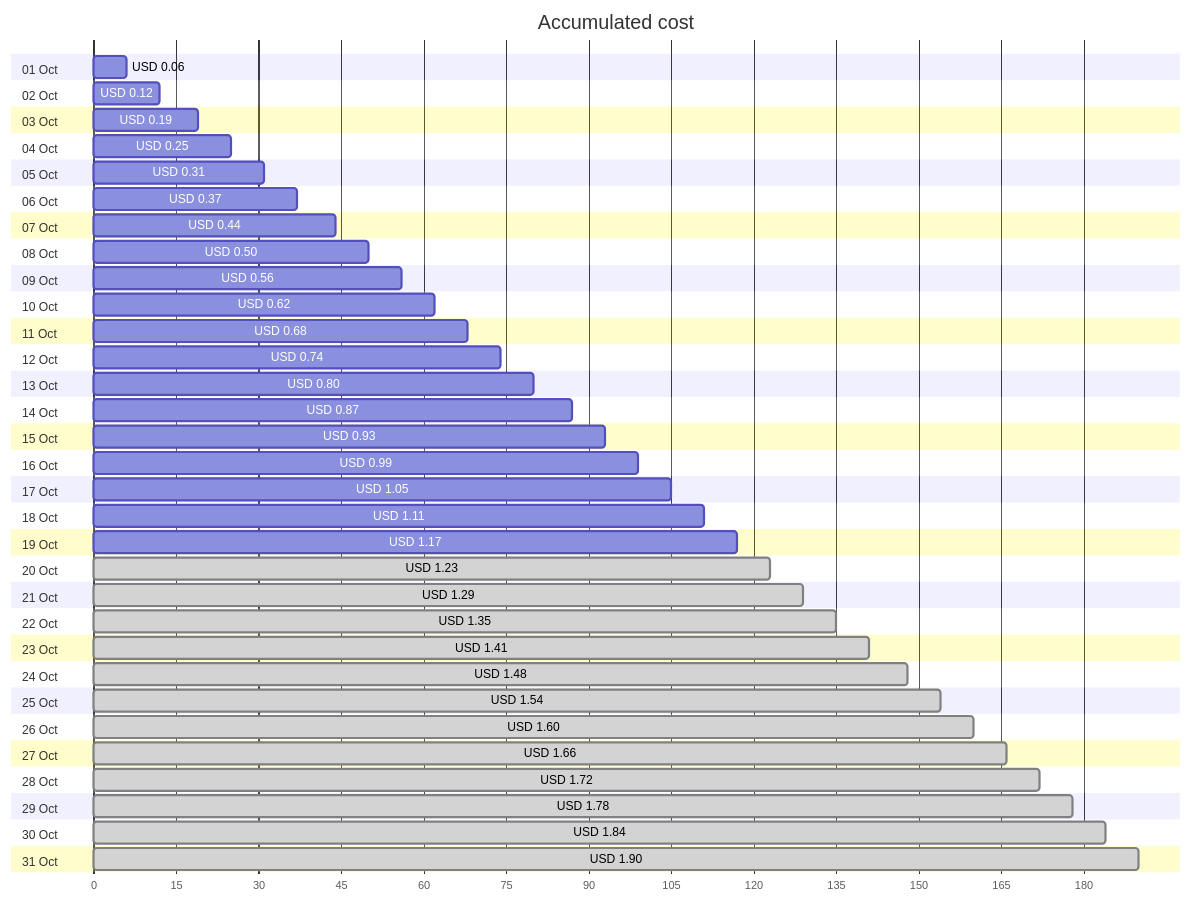
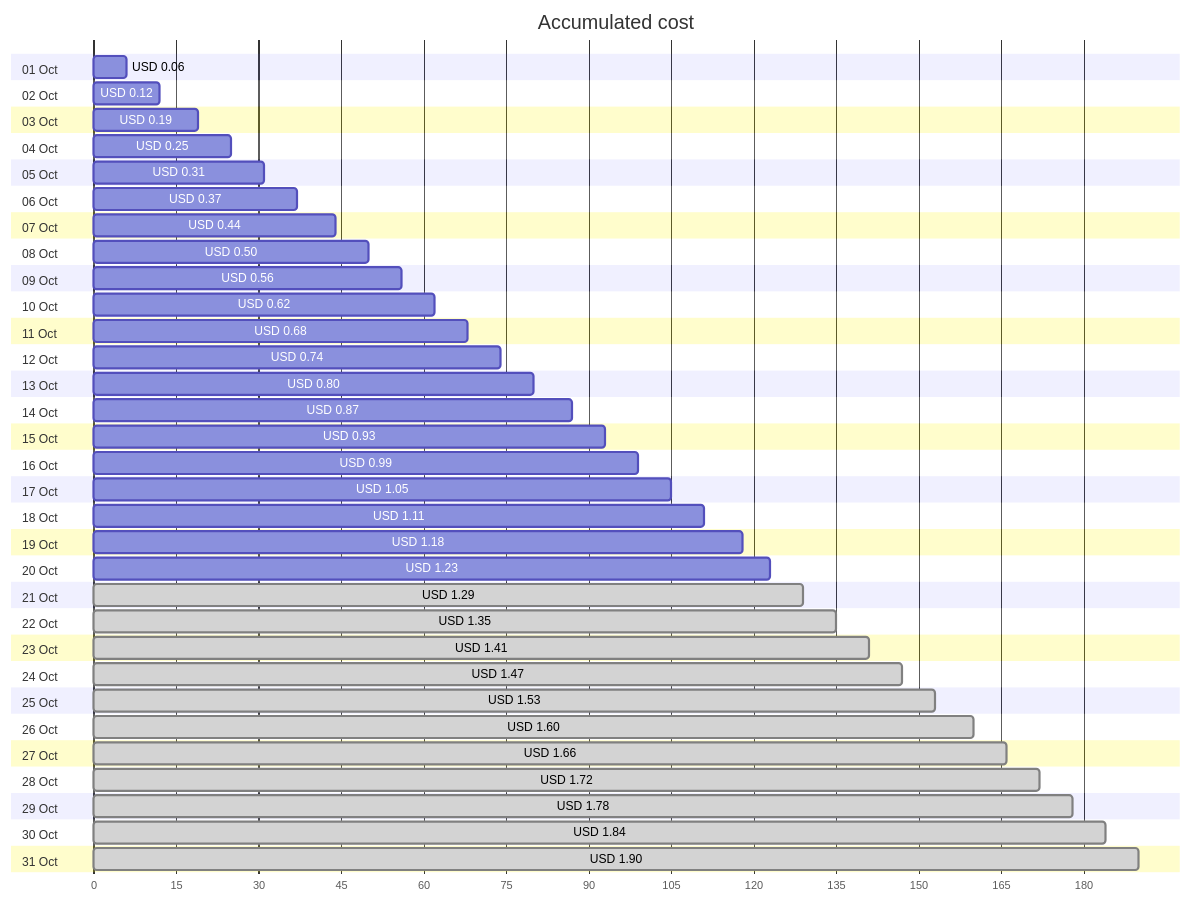
The first of 4 diagrams in cost-reports/personal-network/vpn-server_OsDisk.md (jpfulton/azure-personal-reports), drawn with Mermaid before and after one commit. The commit also changed other lines of this file and 8 other files, not shown here.

````diff
--- a/cost-reports/personal-network/vpn-server_OsDisk.md
+++ b/cost-reports/personal-network/vpn-server_OsDisk.md
@@ -20,68 +20,68 @@
 ```mermaid
 gantt
    title Accumulated cost
    dateFormat  X
    axisFormat %s
    section 01 Oct
    USD 0.06 :0, 6
    section 02 Oct
    USD 0.12 :0, 12
    section 03 Oct
    USD 0.19 :0, 19
    section 04 Oct
    USD 0.25 :0, 25
    section 05 Oct
    USD 0.31 :0, 31
    section 06 Oct
    USD 0.37 :0, 37
    section 07 Oct
    USD 0.44 :0, 44
    section 08 Oct
    USD 0.50 :0, 50
    section 09 Oct
    USD 0.56 :0, 56
    section 10 Oct
    USD 0.62 :0, 62
    section 11 Oct
    USD 0.68 :0, 68
    section 12 Oct
    USD 0.74 :0, 74
    section 13 Oct
    USD 0.80 :0, 80
    section 14 Oct
    USD 0.87 :0, 87
    section 15 Oct
    USD 0.93 :0, 93
    section 16 Oct
    USD 0.99 :0, 99
    section 17 Oct
    USD 1.05 :0, 105
    section 18 Oct
    USD 1.11 :0, 111
    section 19 Oct
-   USD 1.17 :0, 117
+   USD 1.18 :0, 118
    section 20 Oct
-   USD 1.23 : done, 0, 123
+   USD 1.23 :0, 123
    section 21 Oct
    USD 1.29 : done, 0, 129
    section 22 Oct
    USD 1.35 : done, 0, 135
    section 23 Oct
    USD 1.41 : done, 0, 141
    section 24 Oct
-   USD 1.48 : done, 0, 148
+   USD 1.47 : done, 0, 147
    section 25 Oct
-   USD 1.54 : done, 0, 154
+   USD 1.53 : done, 0, 153
    section 26 Oct
    USD 1.60 : done, 0, 160
    section 27 Oct
    USD 1.66 : done, 0, 166
    section 28 Oct
    USD 1.72 : done, 0, 172
    section 29 Oct
    USD 1.78 : done, 0, 178
    section 30 Oct
    USD 1.84 : done, 0, 184
    section 31 Oct
    USD 1.90 : done, 0, 190
 ```
````
